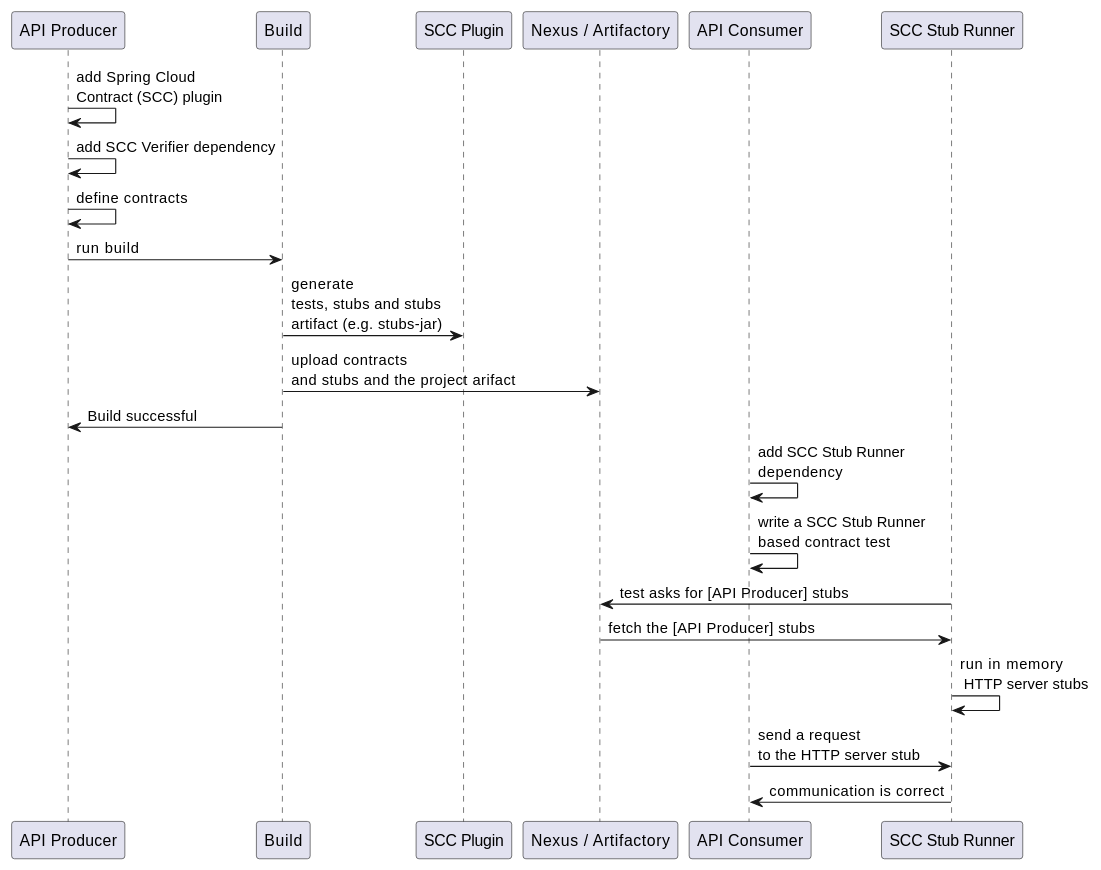
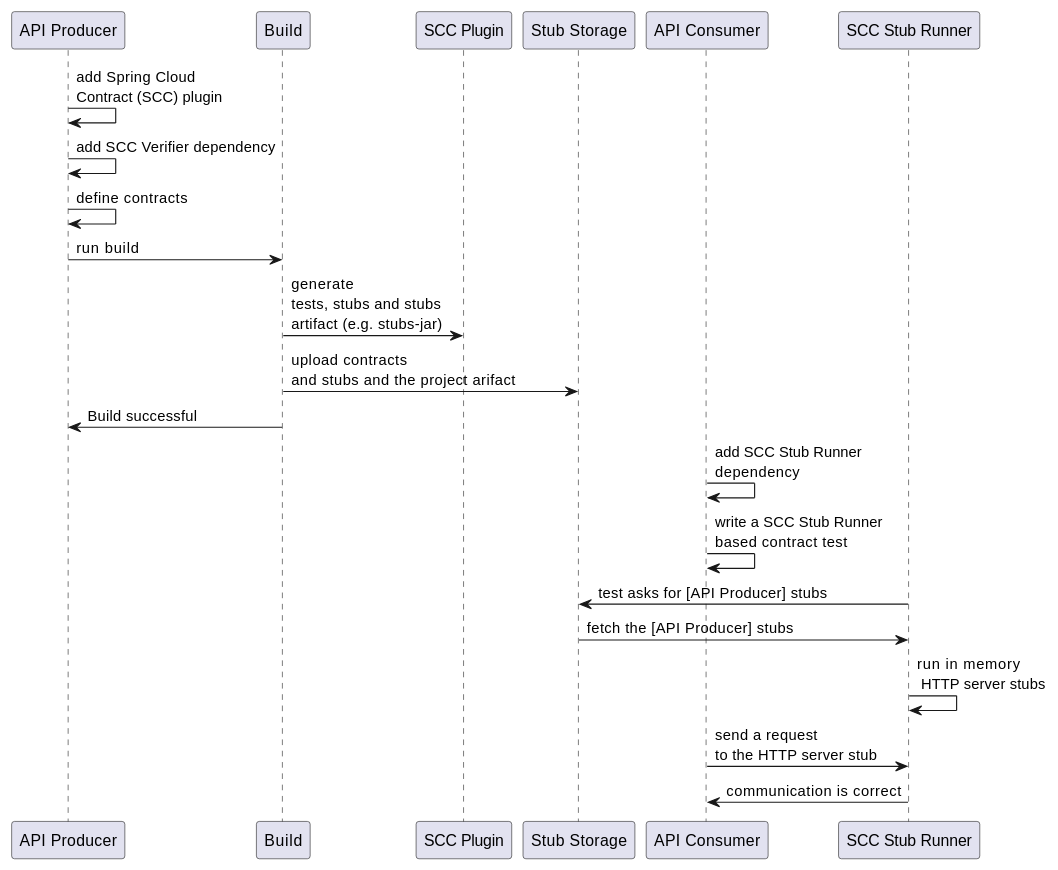
The first of 4 diagrams in docs/src/main/asciidoc/getting-started.adoc (spring-cloud/spring-cloud-contract), drawn with PlantUML before and after one commit. The commit also changed other lines of this file and 4 other files, not shown here.

```diff
--- a/docs/src/main/asciidoc/getting-started.adoc
+++ b/docs/src/main/asciidoc/getting-started.adoc
@@ -137,17 +137,17 @@
 [plantuml, getting-started-three-second, png]
 ----
 "API Producer"->"API Producer": add Spring Cloud \nContract (SCC) plugin
 "API Producer"->"API Producer": add SCC Verifier dependency
 "API Producer"->"API Producer": define contracts
 "API Producer"->"Build": run build
 "Build"->"SCC Plugin": generate \ntests, stubs and stubs \nartifact (e.g. stubs-jar)
-"Build"->"Nexus / Artifactory": upload contracts \nand stubs and the project arifact
+"Build"->"Stub Storage": upload contracts \nand stubs and the project arifact
 "Build"->"API Producer": Build successful
 "API Consumer"->"API Consumer": add SCC Stub Runner \ndependency
 "API Consumer"->"API Consumer": write a SCC Stub Runner \nbased contract test
-"SCC Stub Runner"->"Nexus / Artifactory": test asks for [API Producer] stubs
-"Nexus / Artifactory"->"SCC Stub Runner": fetch the [API Producer] stubs
+"SCC Stub Runner"->"Stub Storage": test asks for [API Producer] stubs
+"Stub Storage"->"SCC Stub Runner": fetch the [API Producer] stubs
 "SCC Stub Runner"->"SCC Stub Runner": run in memory\n HTTP server stubs
 "API Consumer"->"SCC Stub Runner": send a request \nto the HTTP server stub
 "SCC Stub Runner"->"API Consumer": communication is correct
 ----
```
